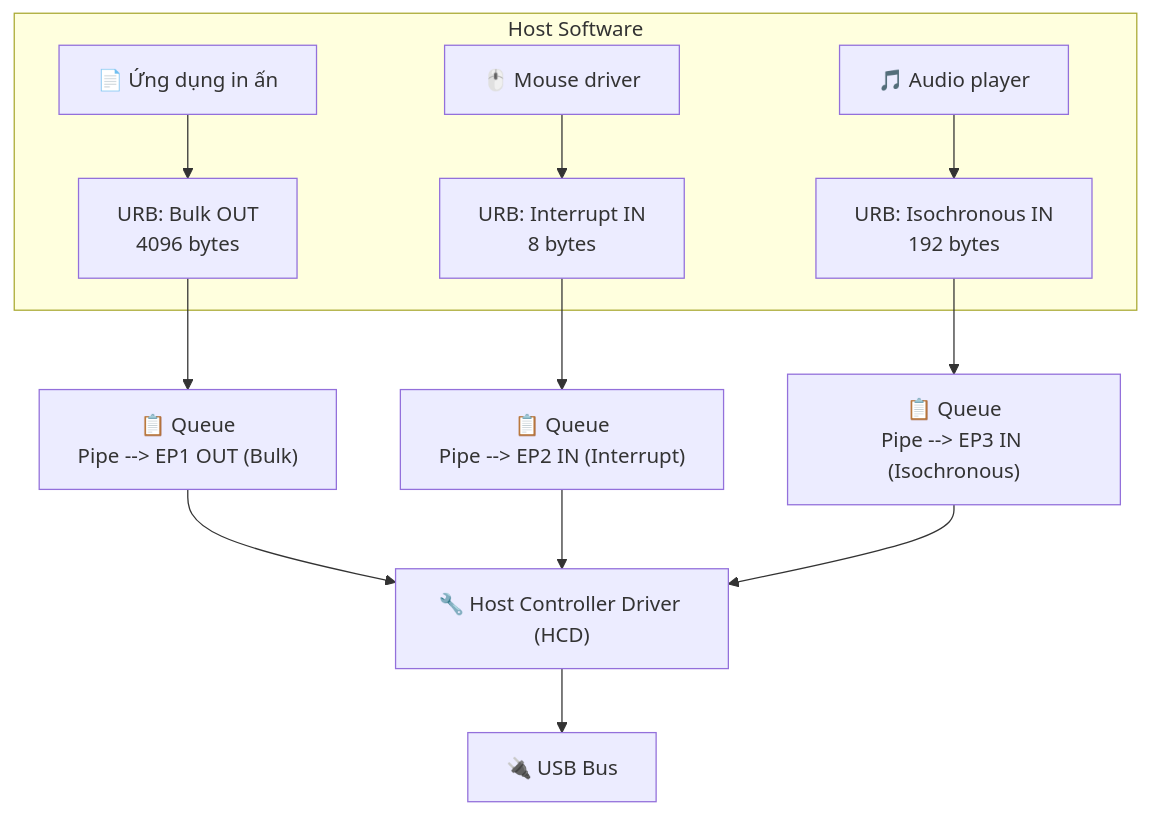
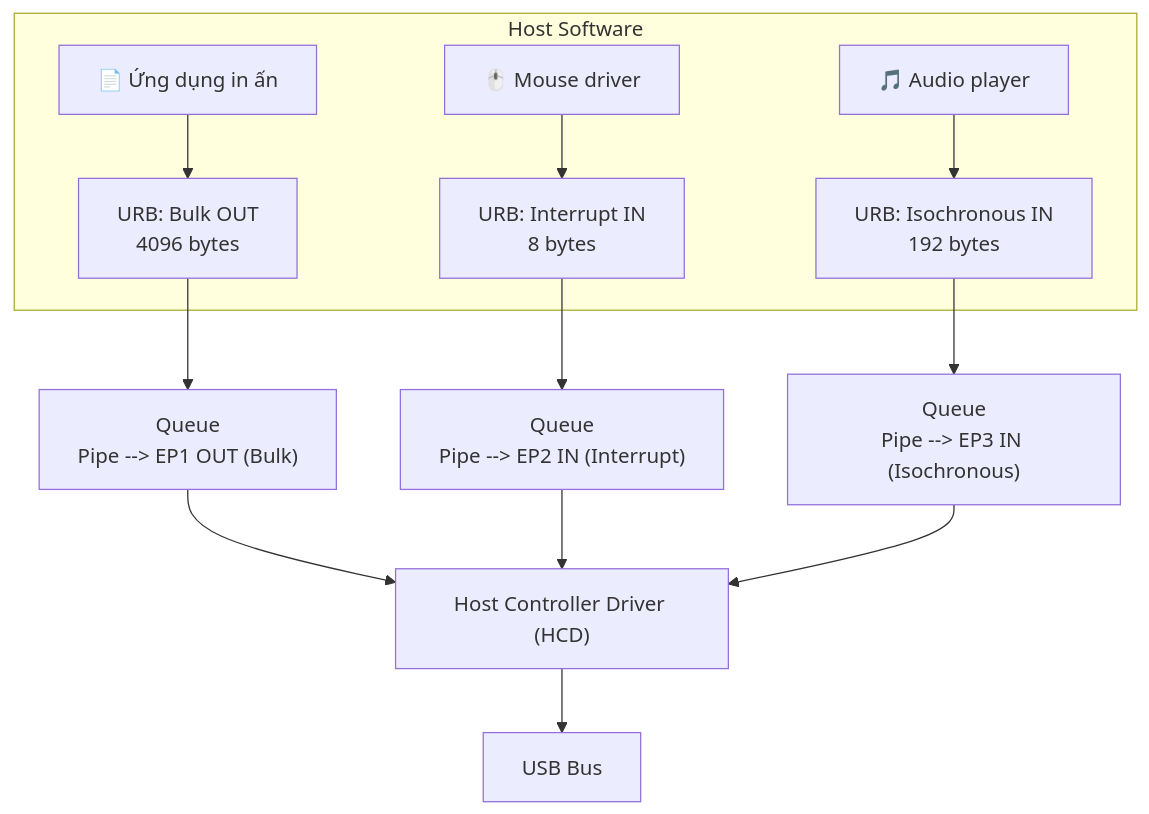
One commit to Leminuos/tutorials changed the second of 4 diagrams in Embedded/6. USB/5. pipe/README.md. Above: the diagram before and after it, drawn with Mermaid. The commit also changed other lines of this file and 8 other files, not shown here.

````diff
--- a/Embedded/6. USB/5. pipe/README.md
+++ b/Embedded/6. USB/5. pipe/README.md
@@ -127,18 +143,18 @@
 ```mermaid
 flowchart TD
     subgraph Host Software
-        App1["📄 Ứng dụng in ấn"] --> URB1["URB: Bulk OUT\n4096 bytes"]
-        App2["🖱️ Mouse driver"] --> URB2["URB: Interrupt IN\n8 bytes"]
-        App3["🎵 Audio player"] --> URB3["URB: Isochronous IN\n192 bytes"]
+        App1["📄 Ứng dụng in ấn"] --> URB1["URB: Bulk OUT<br/>4096 bytes"]
+        App2["🖱️ Mouse driver"] --> URB2["URB: Interrupt IN<br/>8 bytes"]
+        App3["🎵 Audio player"] --> URB3["URB: Isochronous IN<br/>192 bytes"]
     end
  
-    URB1 --> Q1["📋 Queue\nPipe --> EP1 OUT (Bulk)"]
-    URB2 --> Q2["📋 Queue\nPipe --> EP2 IN (Interrupt)"]
-    URB3 --> Q3["📋 Queue\nPipe --> EP3 IN (Isochronous)"]
+    URB1 --> Q1["Queue<br/>Pipe --> EP1 OUT (Bulk)"]
+    URB2 --> Q2["Queue<br/>Pipe --> EP2 IN (Interrupt)"]
+    URB3 --> Q3["Queue<br/>Pipe --> EP3 IN (Isochronous)"]
  
-    Q1 --> HCD["🔧 Host Controller Driver (HCD)"]
+    Q1 --> HCD["Host Controller Driver (HCD)"]
     Q2 --> HCD
     Q3 --> HCD
  
-    HCD --> BUS["🔌 USB Bus"]
+    HCD --> BUS["USB Bus"]
 ```
````
